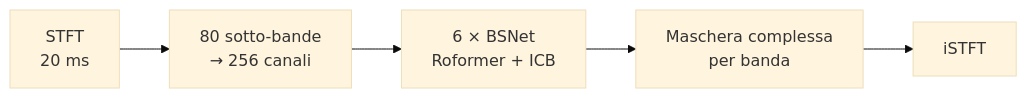
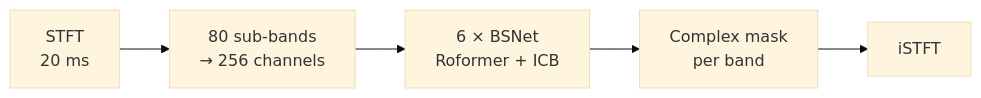
The first of 2 diagrams in docs/ai/apollo.md (AleksAttanasio/ClusterSound), drawn with Mermaid (base theme) before and after one commit. The commit also changed other lines of this file and 121 other files, not shown here.

````diff
--- a/docs/ai/apollo.md
+++ b/docs/ai/apollo.md
@@ -11,6 +11,6 @@
 ```mermaid
 flowchart LR
-  A["STFT<br/>20 ms"] --> B["80 sotto-bande<br/>→ 256 canali"]
+  A["STFT<br/>20 ms"] --> B["80 sub-bands<br/>→ 256 channels"]
   B --> C["6 × BSNet<br/>Roformer + ICB"]
-  C --> D["Maschera complessa<br/>per banda"] --> E["iSTFT"]
+  C --> D["Complex mask<br/>per band"] --> E["iSTFT"]
 ```
````
